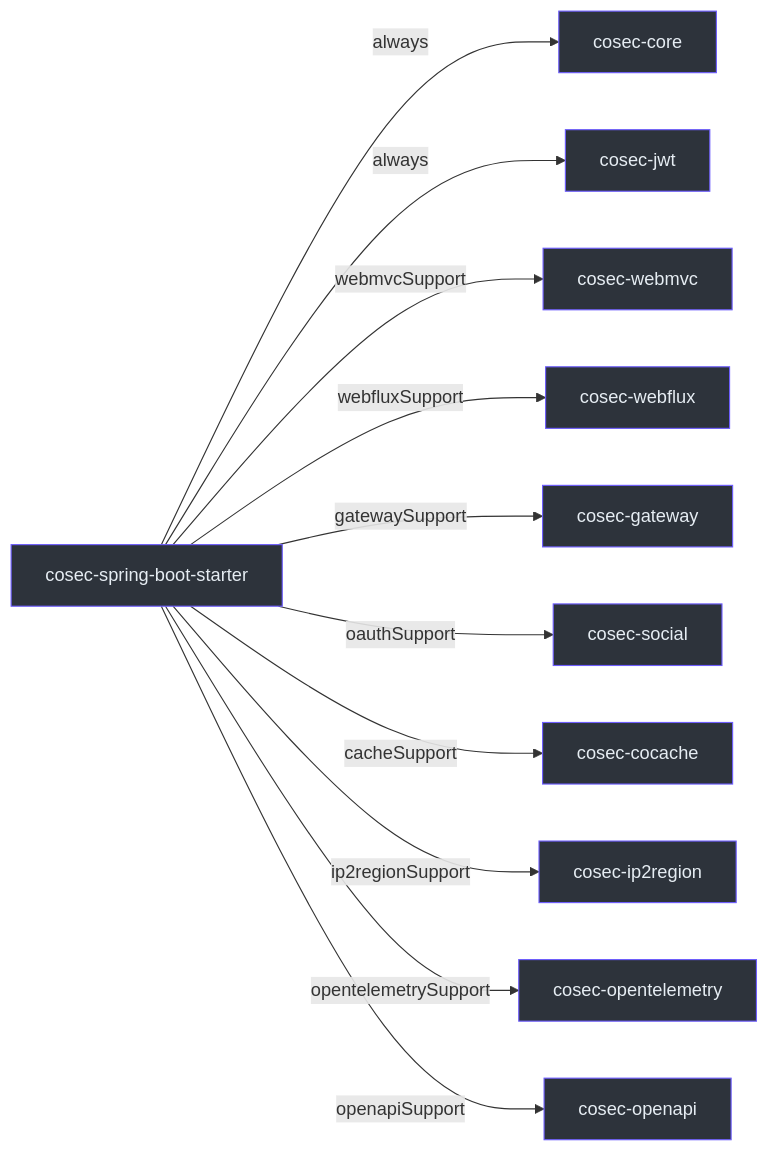
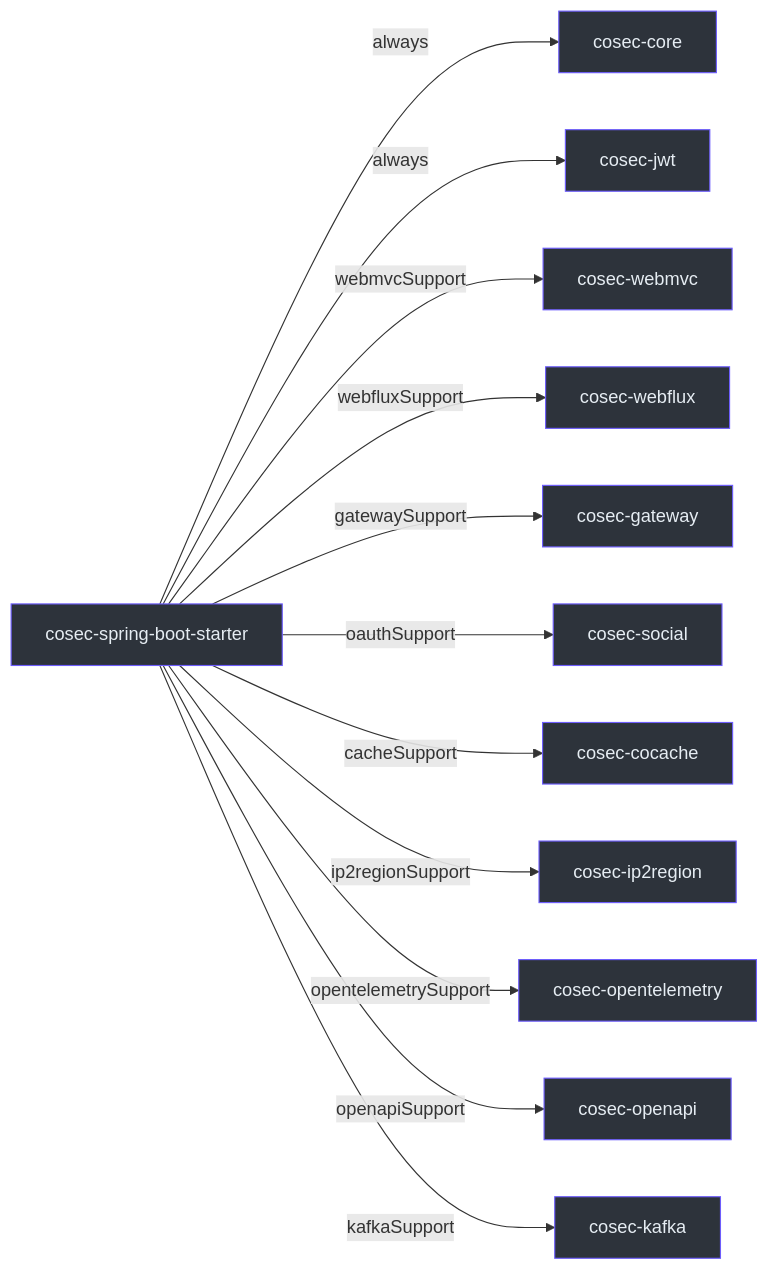
One commit to Ahoo-Wang/CoSec changed the second of 3 diagrams in wiki/deep-dive/architecture/module-dependency.md. Above: the diagram before and after it, drawn with Mermaid. The commit also changed other lines of this file and 17 other files, not shown here.

````diff
--- a/wiki/deep-dive/architecture/module-dependency.md
+++ b/wiki/deep-dive/architecture/module-dependency.md
@@ -108,27 +113,29 @@
 ```mermaid
 graph LR
     STARTER["cosec-spring-boot-starter"] --> |always| CORE["cosec-core"]
     STARTER --> |always| JWT["cosec-jwt"]
 
     STARTER --> |webmvcSupport| WEBMVC["cosec-webmvc"]
     STARTER --> |webfluxSupport| WEBFLUX["cosec-webflux"]
     STARTER --> |gatewaySupport| GW["cosec-gateway"]
     STARTER --> |oauthSupport| SOCIAL["cosec-social"]
     STARTER --> |cacheSupport| COCACHE["cosec-cocache"]
     STARTER --> |ip2regionSupport| IP2R["cosec-ip2region"]
     STARTER --> |opentelemetrySupport| OTEL["cosec-opentelemetry"]
     STARTER --> |openapiSupport| OPENAPI["cosec-openapi"]
+    STARTER --> |kafkaSupport| KAFKA["cosec-kafka"]
 
     style STARTER fill:#2d333b,stroke:#6d5dfc,color:#e6edf3
     style CORE fill:#2d333b,stroke:#6d5dfc,color:#e6edf3
     style JWT fill:#2d333b,stroke:#6d5dfc,color:#e6edf3
     style WEBMVC fill:#2d333b,stroke:#6d5dfc,color:#e6edf3
     style WEBFLUX fill:#2d333b,stroke:#6d5dfc,color:#e6edf3
     style GW fill:#2d333b,stroke:#6d5dfc,color:#e6edf3
     style SOCIAL fill:#2d333b,stroke:#6d5dfc,color:#e6edf3
     style COCACHE fill:#2d333b,stroke:#6d5dfc,color:#e6edf3
     style IP2R fill:#2d333b,stroke:#6d5dfc,color:#e6edf3
     style OTEL fill:#2d333b,stroke:#6d5dfc,color:#e6edf3
     style OPENAPI fill:#2d333b,stroke:#6d5dfc,color:#e6edf3
+    style KAFKA fill:#2d333b,stroke:#6d5dfc,color:#e6edf3
 
 ```
````
